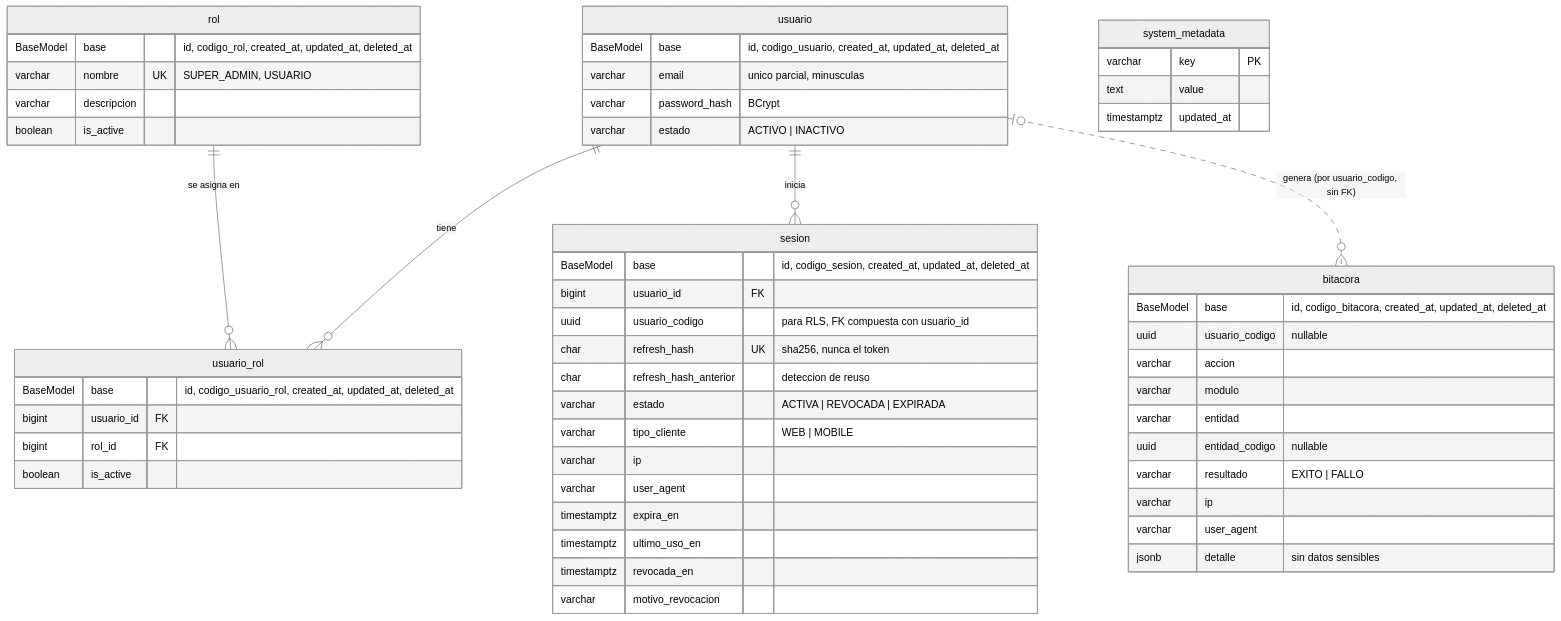
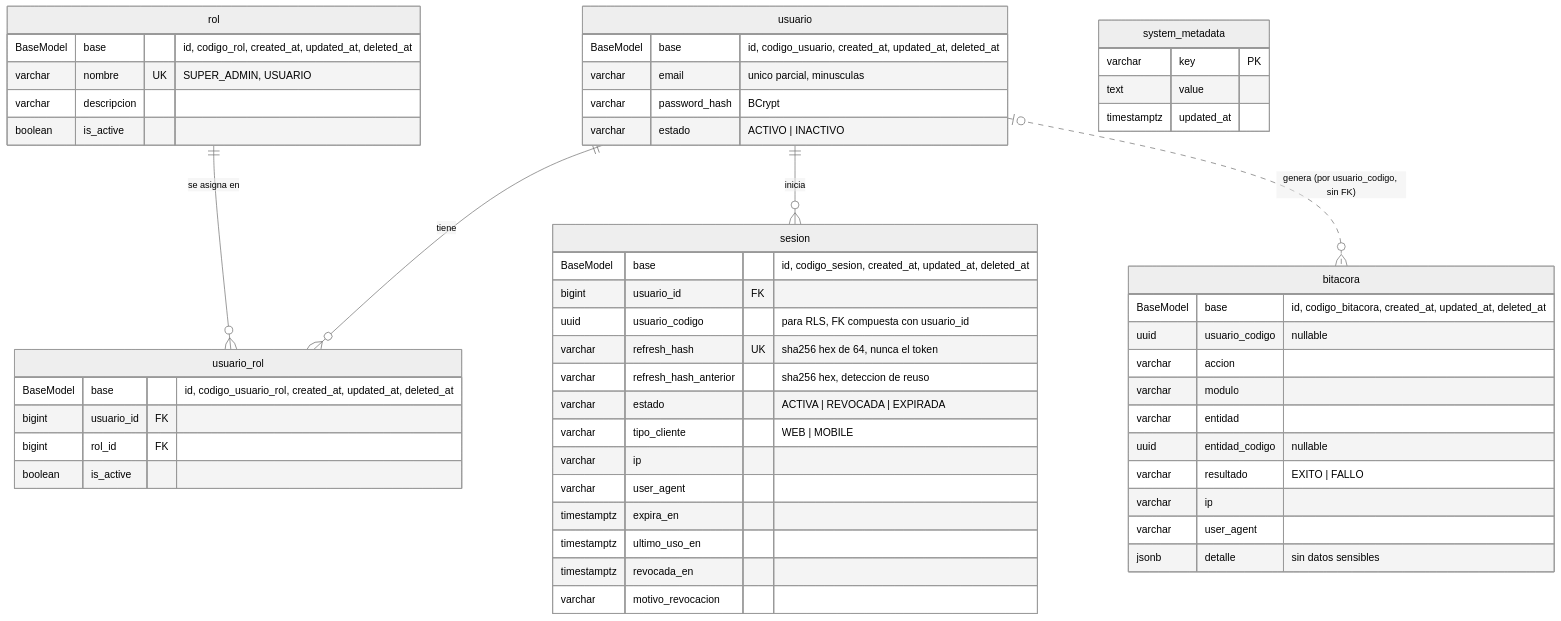
The diagram in docs/BASE_DE_DATOS.mermaid (Mau8877/DevelopLayout), drawn with Mermaid (neutral theme) before and after one commit. The commit also changed 20 other files, not shown here.

```diff
--- a/docs/BASE_DE_DATOS.mermaid
+++ b/docs/BASE_DE_DATOS.mermaid
@@ -1,57 +1,57 @@
 erDiagram
     usuario ||--o{ usuario_rol : "tiene"
     rol ||--o{ usuario_rol : "se asigna en"
     usuario ||--o{ sesion : "inicia"
     usuario |o..o{ bitacora : "genera (por usuario_codigo, sin FK)"
 
     usuario {
         BaseModel base "id, codigo_usuario, created_at, updated_at, deleted_at"
         varchar email "unico parcial, minusculas"
         varchar password_hash "BCrypt"
         varchar estado "ACTIVO | INACTIVO"
     }
     rol {
         BaseModel base "id, codigo_rol, created_at, updated_at, deleted_at"
         varchar nombre UK "SUPER_ADMIN, USUARIO"
         varchar descripcion
         boolean is_active
     }
     usuario_rol {
         BaseModel base "id, codigo_usuario_rol, created_at, updated_at, deleted_at"
         bigint usuario_id FK
         bigint rol_id FK
         boolean is_active
     }
     sesion {
         BaseModel base "id, codigo_sesion, created_at, updated_at, deleted_at"
         bigint usuario_id FK
         uuid usuario_codigo "para RLS, FK compuesta con usuario_id"
-        char refresh_hash UK "sha256, nunca el token"
-        char refresh_hash_anterior "deteccion de reuso"
+        varchar refresh_hash UK "sha256 hex de 64, nunca el token"
+        varchar refresh_hash_anterior "sha256 hex, deteccion de reuso"
         varchar estado "ACTIVA | REVOCADA | EXPIRADA"
         varchar tipo_cliente "WEB | MOBILE"
         varchar ip
         varchar user_agent
         timestamptz expira_en
         timestamptz ultimo_uso_en
         timestamptz revocada_en
         varchar motivo_revocacion
     }
     bitacora {
         BaseModel base "id, codigo_bitacora, created_at, updated_at, deleted_at"
         uuid usuario_codigo "nullable"
         varchar accion
         varchar modulo
         varchar entidad
         uuid entidad_codigo "nullable"
         varchar resultado "EXITO | FALLO"
         varchar ip
         varchar user_agent
         jsonb detalle "sin datos sensibles"
     }
 
     system_metadata {
         varchar key PK
         text value
         timestamptz updated_at
     }
```
